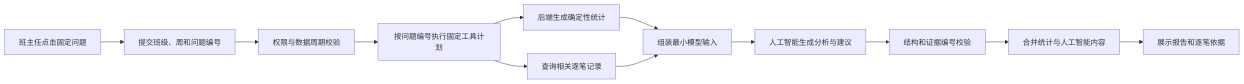
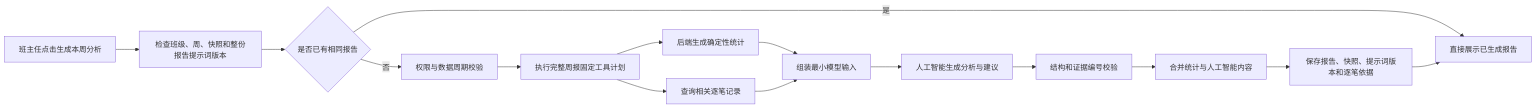
One commit to 278553873-hub/smart-campus-redeem-terminal changed the diagram in docs/PRD-班主任助理V2-班级周评分析Agent.md. Above: the diagram before and after it, drawn with Mermaid. The commit also changed other lines of this file and 28 other files, not shown here.

````diff
--- a/docs/PRD-班主任助理V2-班级周评分析Agent.md
+++ b/docs/PRD-班主任助理V2-班级周评分析Agent.md
@@ -232,14 +254,17 @@
 ```mermaid
 flowchart LR
-    A["班主任点击固定问题"] --> B["提交班级、周和问题编号"]
-    B --> C["权限与数据周期校验"]
-    C --> D["按问题编号执行固定工具计划"]
+    A["班主任点击生成本周分析"] --> B["检查班级、周、快照和整份报告提示词版本"]
+    B --> C{"是否已有相同报告"}
+    C -->|"是"| K["直接展示已生成报告"]
+    C -->|"否"| D0["权限与数据周期校验"]
+    D0 --> D["执行完整周报固定工具计划"]
     D --> E["后端生成确定性统计"]
     D --> F["查询相关逐笔记录"]
     E --> G["组装最小模型输入"]
     F --> G
     G --> H["人工智能生成分析与建议"]
     H --> I["结构和证据编号校验"]
     I --> J["合并统计与人工智能内容"]
-    J --> K["展示报告和逐笔依据"]
+    J --> J2["保存报告、快照、提示词版本和逐笔依据"]
+    J2 --> K
 ```
````
